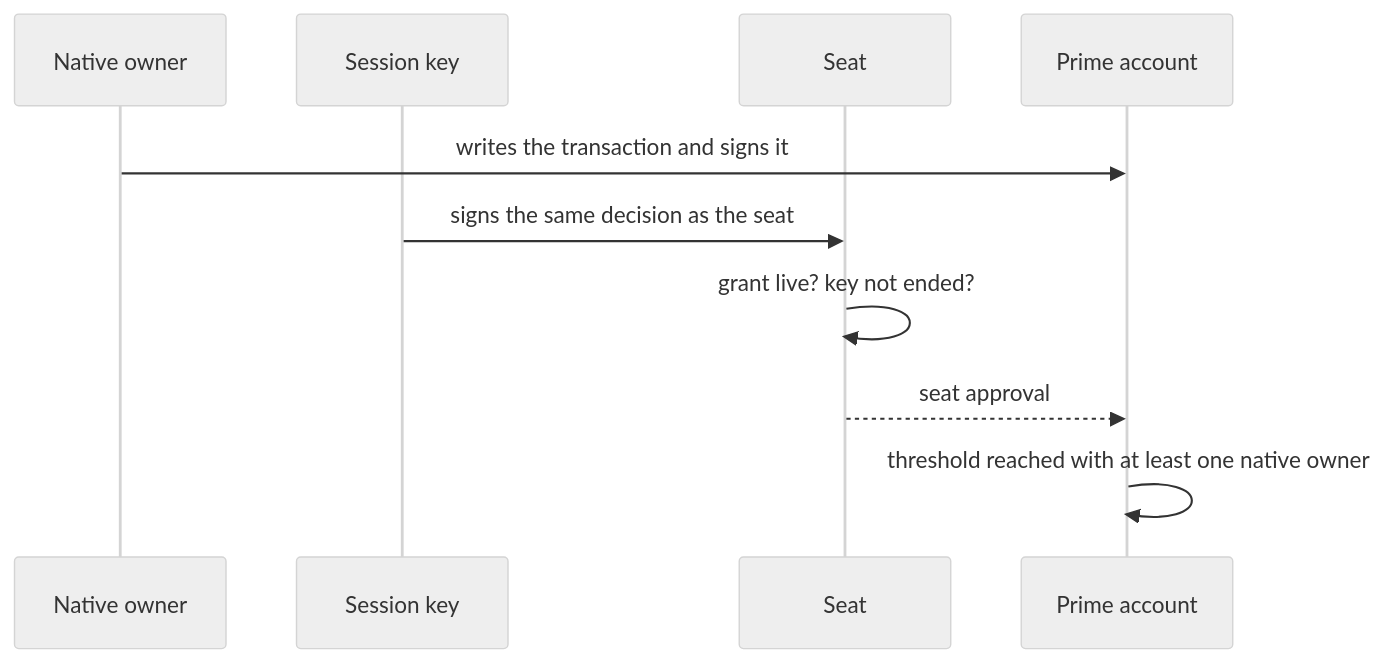
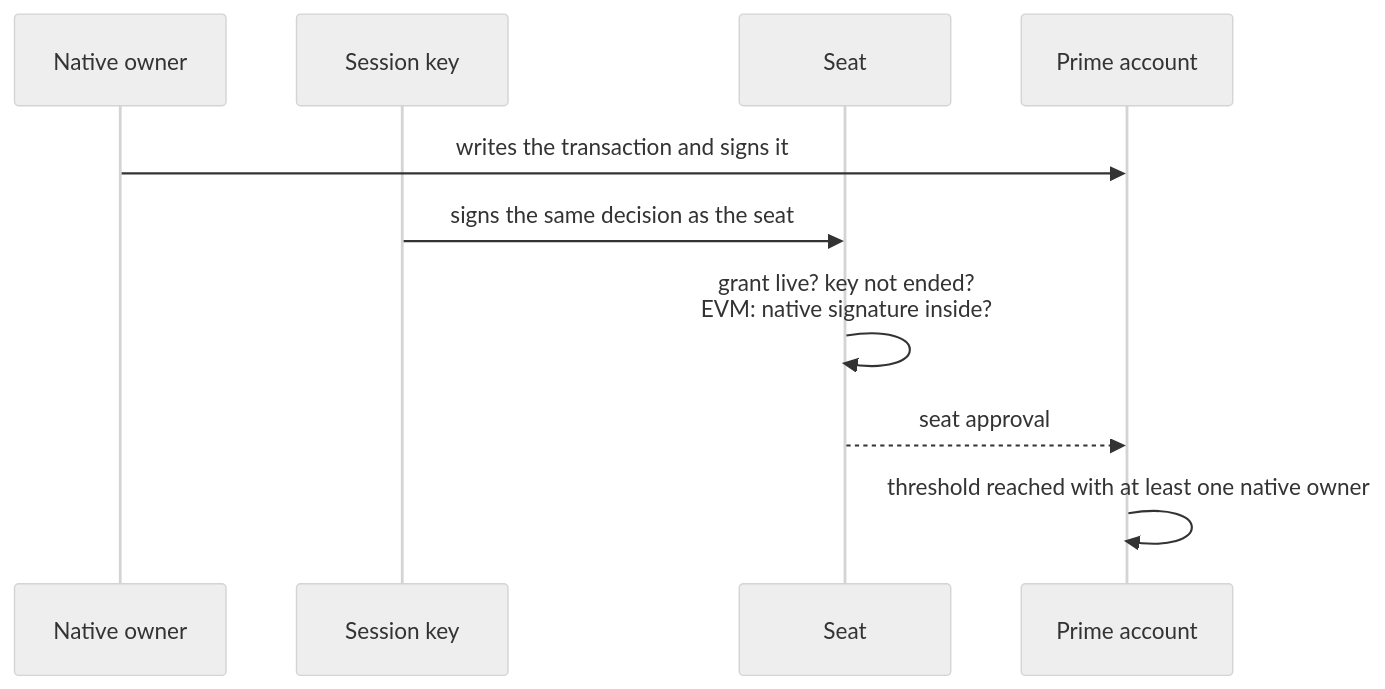
Before and after one commit to untangledfinance/oz-policy-builder: the sixth of 6 diagrams in docs/architecture.md, drawn with Mermaid (neutral theme). The commit also changed other lines of this file and 7 other files, not shown here.

````diff
--- a/docs/architecture.md
+++ b/docs/architecture.md
@@ -206,12 +238,12 @@
 ```mermaid
 sequenceDiagram
   participant N as Native owner
   participant K as Session key
   participant S as Seat
   participant P as Prime account
   N->>P: writes the transaction and signs it
   K->>S: signs the same decision as the seat
-  S->>S: grant live? key not ended?
+  S->>S: grant live? key not ended?<br/>EVM: native signature inside?
   S-->>P: seat approval
   P->>P: threshold reached with at least one native owner
 ```
````
